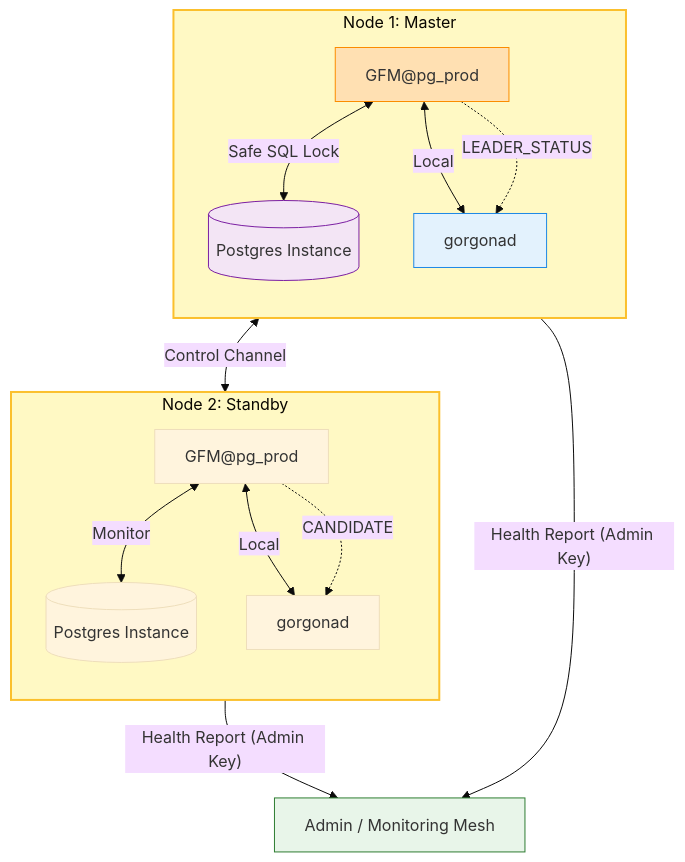
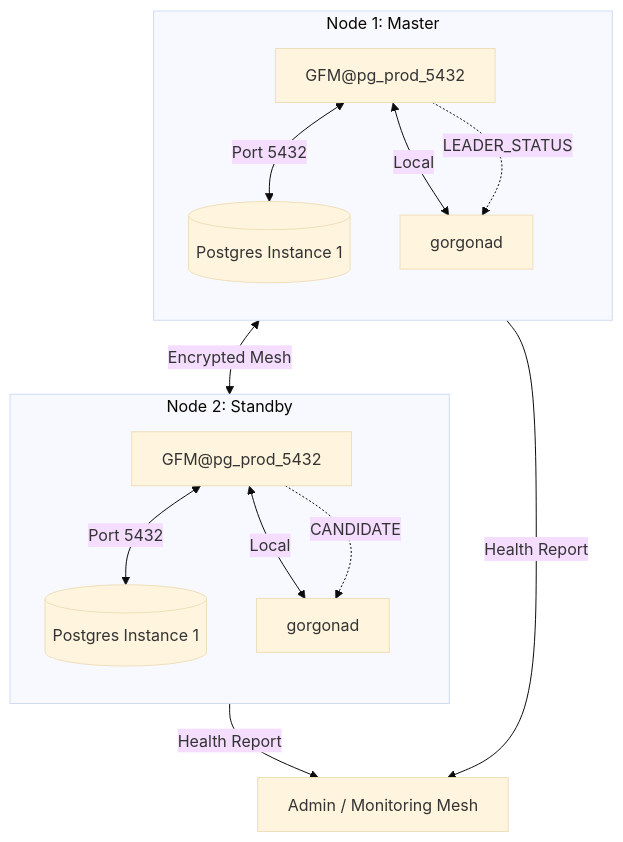
Before and after one commit to psqlmaster/gorgona: the diagram in plugins/gfm/readme.md, drawn with Mermaid (base theme). The commit also changed other lines of this file and 6 other files, not shown here.

Commit message:
feat(gfm): implement multi-instance postgresql isolation with unique ports, cluster-id signaling and per-instance locks

````diff
--- a/plugins/gfm/readme.md
+++ b/plugins/gfm/readme.md
@@ -88,36 +121,28 @@
 ```mermaid
 graph TD
     %% Cluster Instance 1
     subgraph NODE1 ["Node 1: Master"]
         direction TB
-        gfm1["GFM@pg_prod"] <-->|Safe SQL Lock| pg1[("Postgres Instance")]
+        gfm1["GFM@pg_prod_5432"] <-->|Port 5432| pg1[("Postgres Instance 1")]
         gfm1 <-->|Local| D1["gorgonad"]
     end
 
     %% Cluster Instance 2
     subgraph NODE2 ["Node 2: Standby"]
         direction TB
-        gfm2["GFM@pg_prod"] <-->|Monitor| pg2[("Postgres Instance")]
+        gfm2["GFM@pg_prod_5432"] <-->|Port 5432| pg2[("Postgres Instance 1")]
         gfm2 <-->|Local| D2["gorgonad"]
     end
 
     %% Administrative Layer
     ADMIN["Admin / Monitoring Mesh"] 
 
     %% P2P Signaling
-    D1 <-->|Control Channel| D2
+    D1 <-->|Encrypted Mesh| D2
     gfm1 -.->|LEADER_STATUS| D1
     gfm2 -.->|CANDIDATE| D2
     
     %% Reporting
-    gfm1 -- "Health Report (Admin Key)" --> ADMIN
-    gfm2 -- "Health Report (Admin Key)" --> ADMIN
-
-    %% Styling
-    style NODE1 fill:#fff9c4,stroke:#fbc02d,stroke-width:2px
-    style NODE2 fill:#fff9c4,stroke:#fbc02d,stroke-width:2px
-    style gfm1 fill:#ffe0b2,stroke:#fb8c00
-    style D1 fill:#e3f2fd,stroke:#1e88e5
-    style pg1 fill:#f3e5f5,stroke:#7b1fa2
-    style ADMIN fill:#e8f5e9,stroke:#2e7d32
+    gfm1 -- "Health Report" --> ADMIN
+    gfm2 -- "Health Report" --> ADMIN
 ```
````
